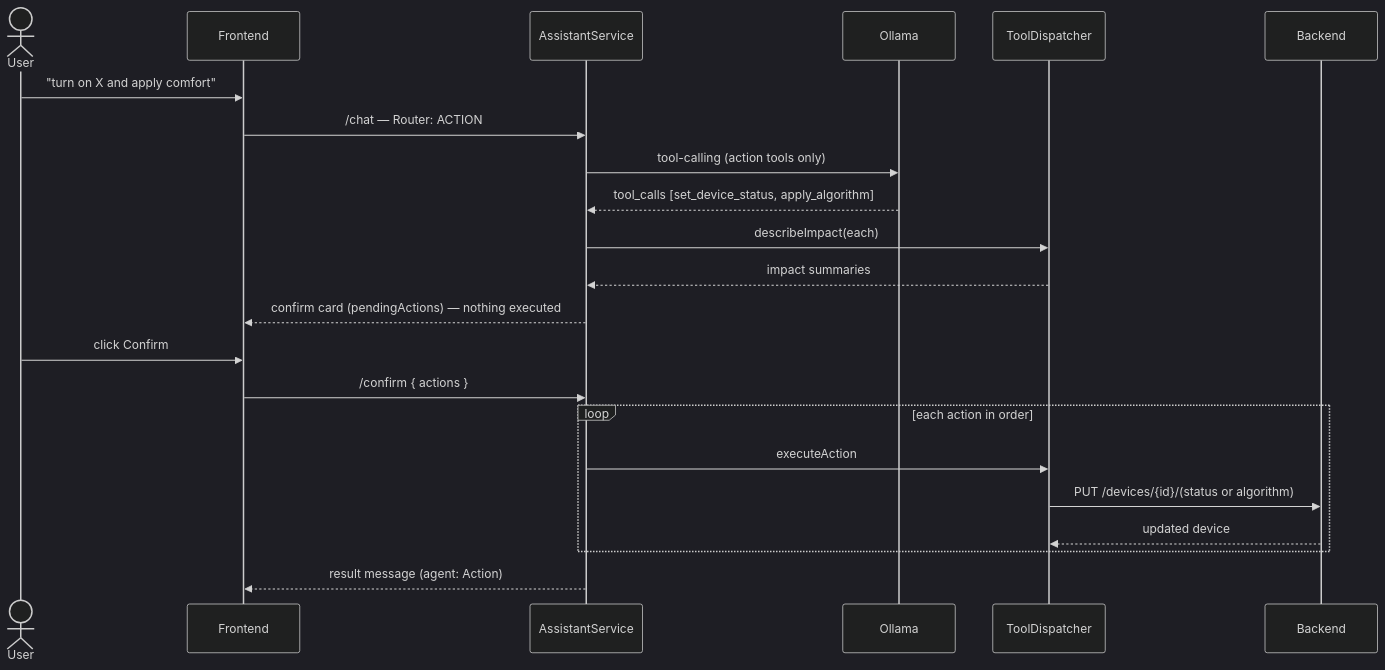
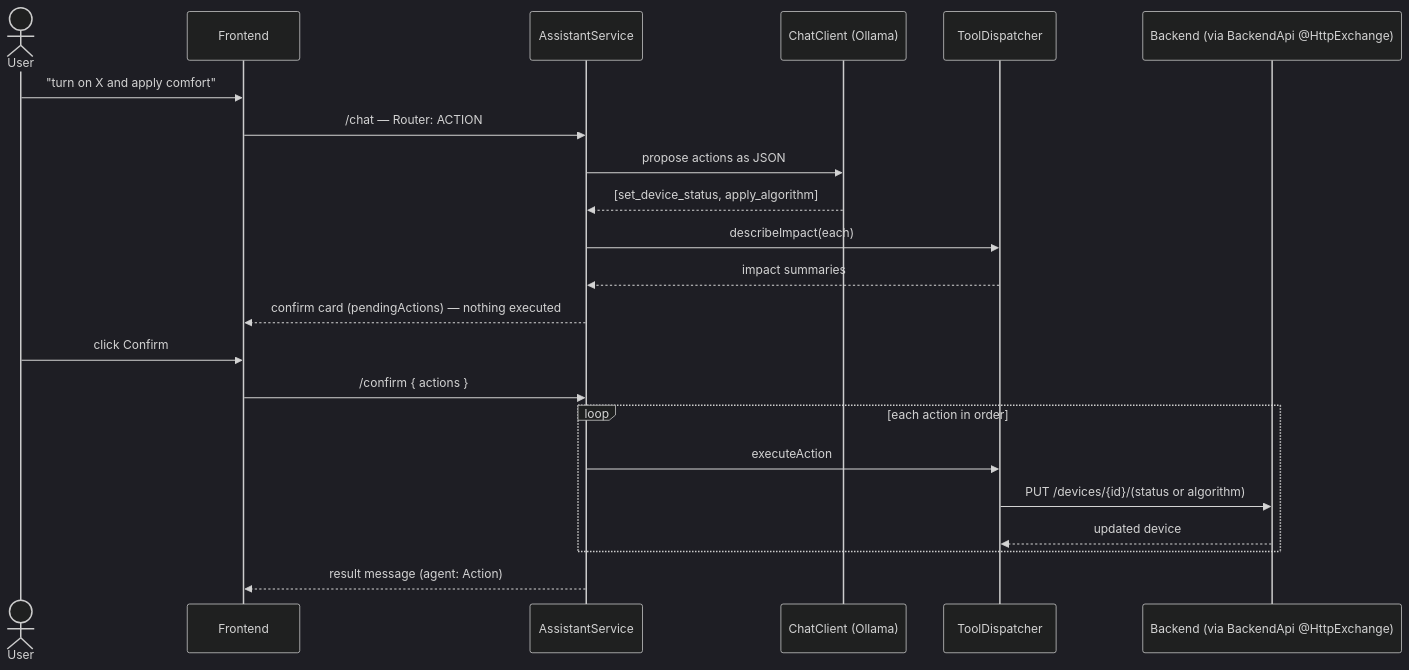
The fifth of 5 diagrams in README.md (vishal6042/energy-management), drawn with Mermaid (dark theme) before and after one commit. The commit also changed other lines of this file, not shown here.

````diff
--- a/README.md
+++ b/README.md
@@ -331,24 +336,24 @@
 ```mermaid
 sequenceDiagram
     actor U as User
     participant FE as Frontend
     participant O as AssistantService
-    participant L as Ollama
+    participant C as ChatClient (Ollama)
     participant D as ToolDispatcher
-    participant BE as Backend
+    participant BE as Backend (via BackendApi @HttpExchange)
     U->>FE: "turn on X and apply comfort"
     FE->>O: /chat — Router: ACTION
-    O->>L: tool-calling (action tools only)
-    L-->>O: tool_calls [set_device_status, apply_algorithm]
+    O->>C: propose actions as JSON
+    C-->>O: [set_device_status, apply_algorithm]
     O->>D: describeImpact(each)
     D-->>O: impact summaries
     O-->>FE: confirm card (pendingActions) — nothing executed
     U->>FE: click Confirm
     FE->>O: /confirm { actions }
     loop each action in order
         O->>D: executeAction
         D->>BE: PUT /devices/{id}/(status or algorithm)
         BE-->>D: updated device
     end
     O-->>FE: result message (agent: Action)
 ```
````
